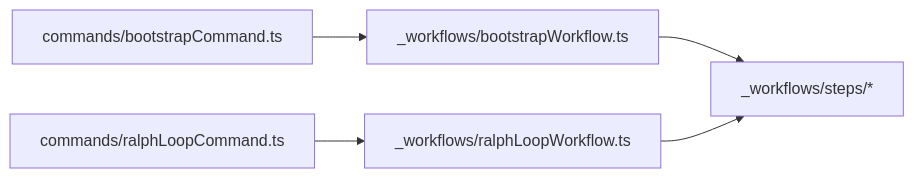
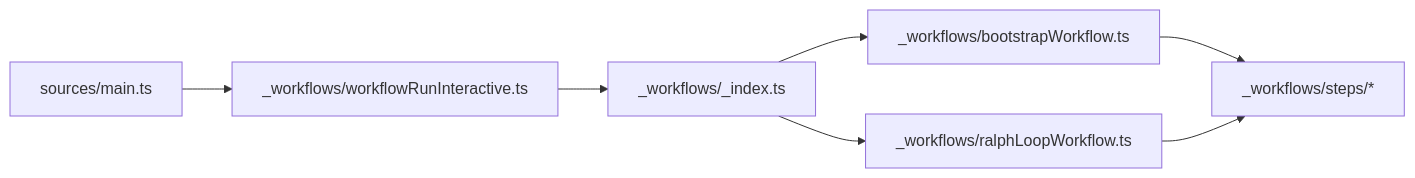
One commit to ex3ndr/holdmybeer changed the diagram in doc/workflows-folder-rename.md. Above: the diagram before and after it, drawn with Mermaid. The commit also changed other lines of this file and 12 other files, not shown here.

````diff
--- a/doc/workflows-folder-rename.md
+++ b/doc/workflows-folder-rename.md
@@ -7,7 +7,9 @@
 ```mermaid
 flowchart LR
-  A[commands/bootstrapCommand.ts] --> B[_workflows/bootstrapWorkflow.ts]
-  C[commands/ralphLoopCommand.ts] --> D[_workflows/ralphLoopWorkflow.ts]
-  B --> E[_workflows/steps/*]
-  D --> E
+  A[sources/main.ts] --> B[_workflows/workflowRunInteractive.ts]
+  B --> C[_workflows/_index.ts]
+  C --> D[_workflows/bootstrapWorkflow.ts]
+  C --> E[_workflows/ralphLoopWorkflow.ts]
+  D --> F[_workflows/steps/*]
+  E --> F
 ```
````
